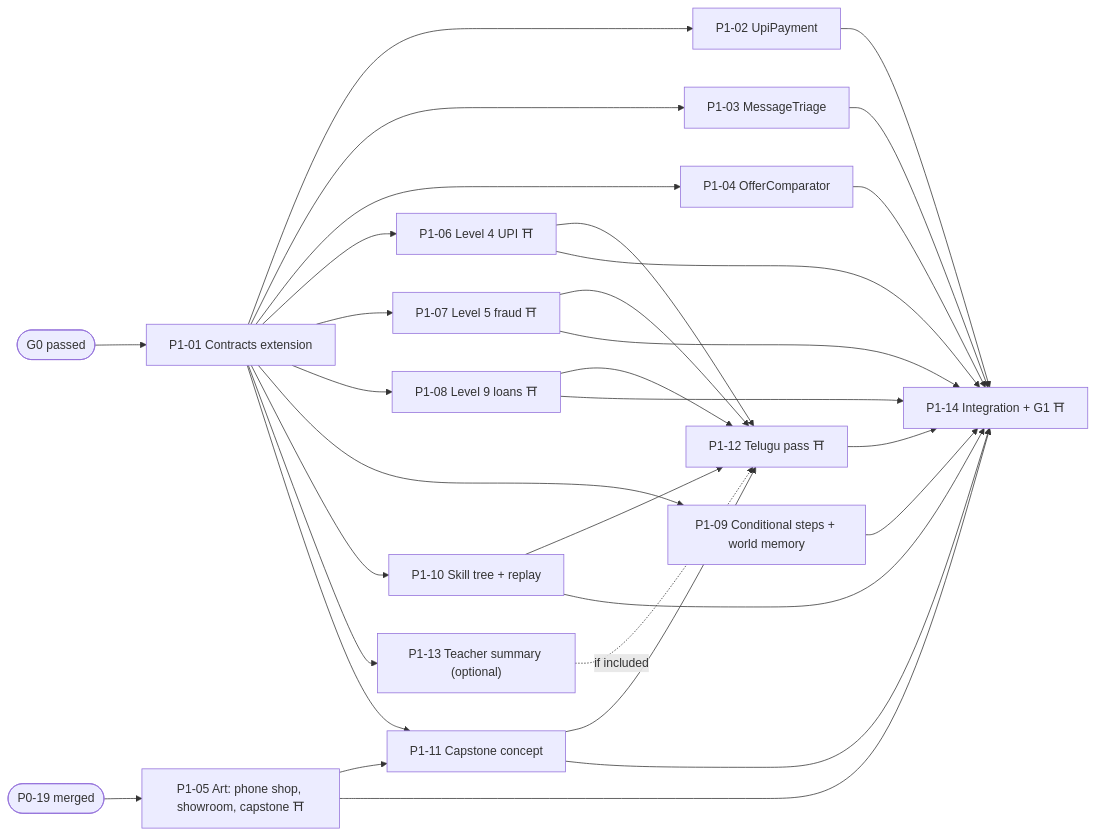
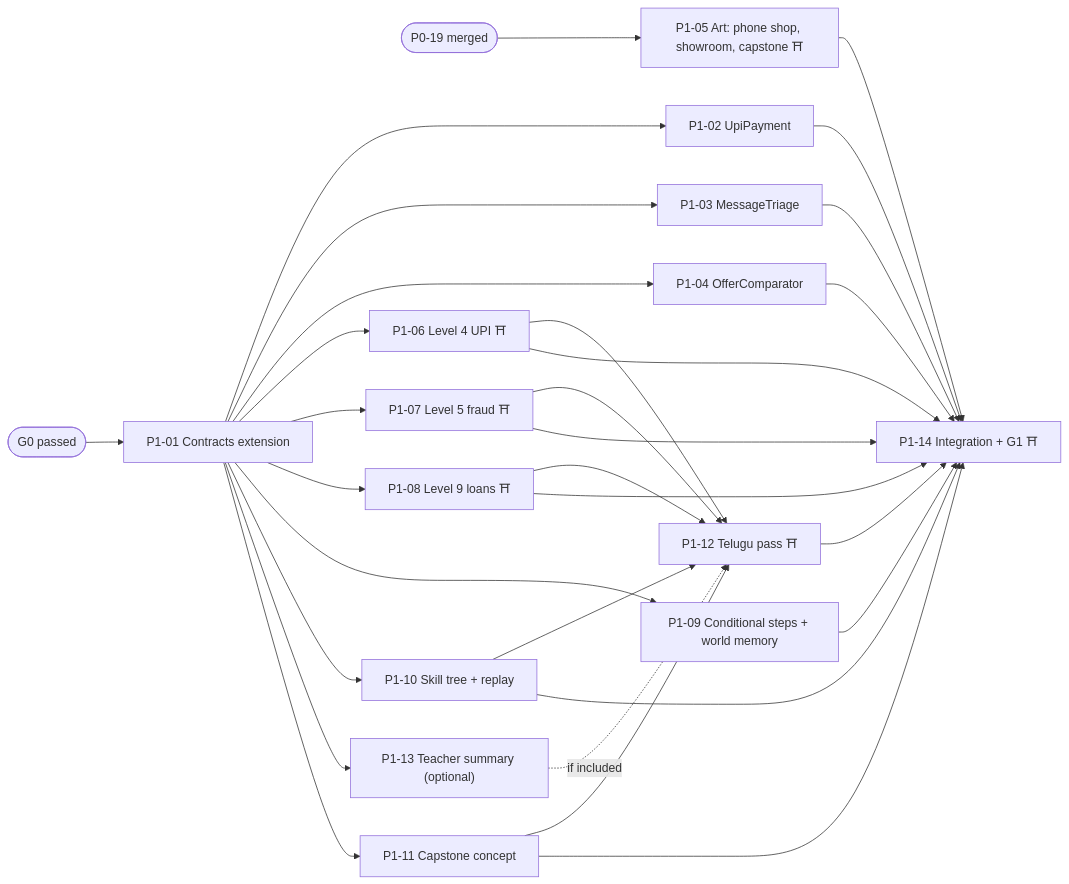
The second of 2 diagrams in docs/tasks/README.md (Megathon-Gs/life-of-rupee), drawn with Mermaid before and after one commit. The commit also changed other lines of this file and 10 other files, not shown here.

````diff
--- a/docs/tasks/README.md
+++ b/docs/tasks/README.md
@@ -116,19 +116,18 @@
 ```mermaid
 flowchart LR
   G0(["G0 passed"]) --> T01["P1-01 Contracts extension"]
   P019(["P0-19 merged"]) --> T05["P1-05 Art: phone shop, showroom, capstone ⛩"]
   T01 --> T02["P1-02 UpiPayment"]
   T01 --> T03["P1-03 MessageTriage"]
   T01 --> T04["P1-04 OfferComparator"]
   T01 --> T06["P1-06 Level 4 UPI ⛩"]
   T01 --> T07["P1-07 Level 5 fraud ⛩"]
   T01 --> T08["P1-08 Level 9 loans ⛩"]
   T01 --> T09["P1-09 Conditional steps + world memory"]
   T01 --> T10["P1-10 Skill tree + replay"]
   T01 --> T13["P1-13 Teacher summary (optional)"]
   T01 --> T11["P1-11 Capstone concept"]
-  T05 --> T11
   T06 & T07 & T08 & T10 & T11 --> T12
   T13 -.->|if included| T12["P1-12 Telugu pass ⛩"]
   T02 & T03 & T04 & T05 & T06 & T07 & T08 & T09 & T10 & T11 & T12 --> T14["P1-14 Integration + G1 ⛩"]
 ```
````
